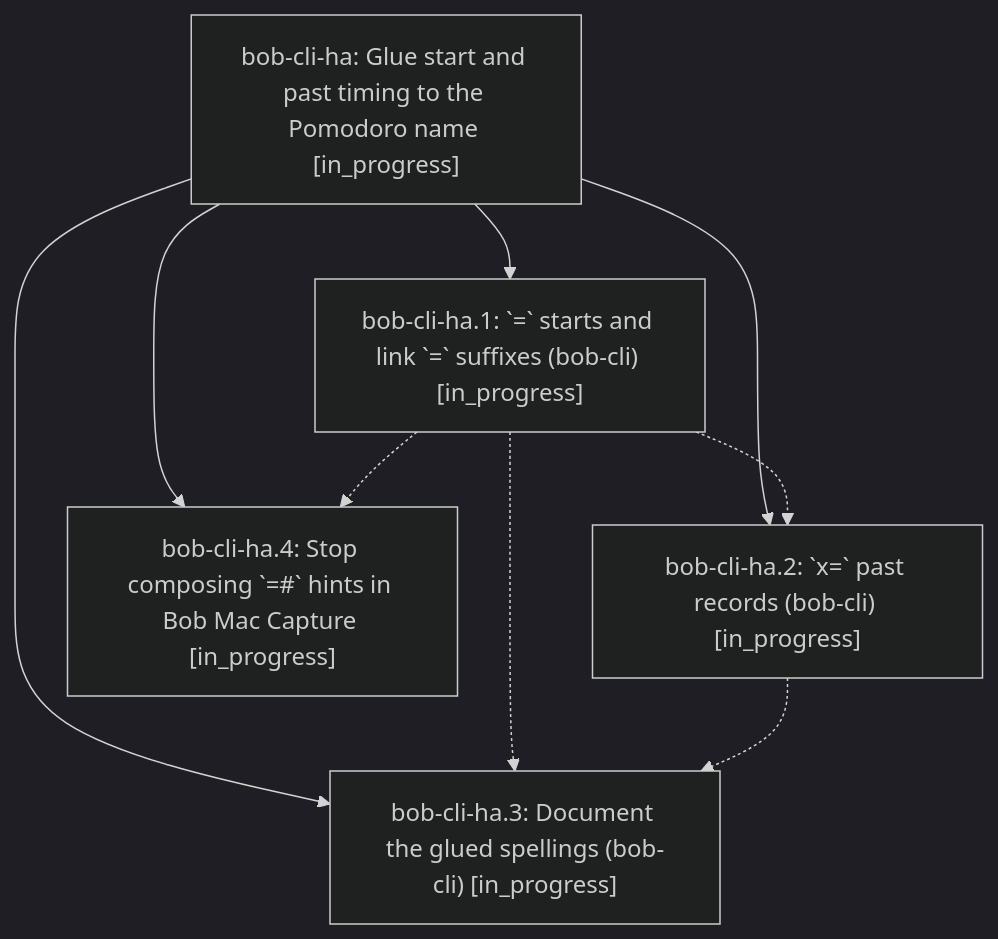
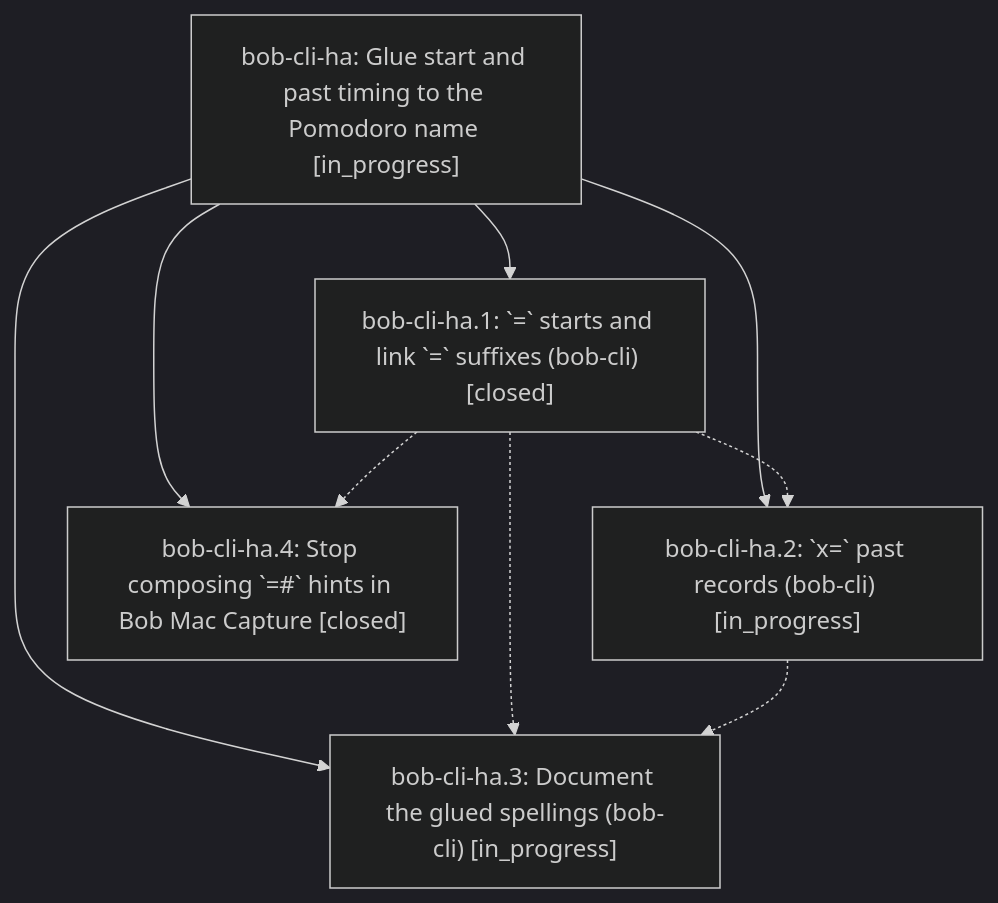
One commit to bobs-org/bob-cli--beads changed the diagram in pages/bob-cli-ha/README.md. Above: the diagram before and after it, drawn with Mermaid (dark theme). The commit also changed other lines of this file and 4 other files, not shown here.

First line of the commit message:
chore(beads): sync bead state and pages for bob-cli-ha

````diff
--- a/pages/bob-cli-ha/README.md
+++ b/pages/bob-cli-ha/README.md
@@ -37,16 +37,16 @@
 ```mermaid
 flowchart TD
     n0["bob-cli-ha: Glue start and past timing to the Pomodoro name [in_progress]"]
-    n1["bob-cli-ha.1: `=` starts and link `=` suffixes (bob-cli) [in_progress]"]
+    n1["bob-cli-ha.1: `=` starts and link `=` suffixes (bob-cli) [closed]"]
     n2["bob-cli-ha.2: `x=` past records (bob-cli) [in_progress]"]
     n3["bob-cli-ha.3: Document the glued spellings (bob-cli) [in_progress]"]
-    n4["bob-cli-ha.4: Stop composing `=#` hints in Bob Mac Capture [in_progress]"]
+    n4["bob-cli-ha.4: Stop composing `=#` hints in Bob Mac Capture [closed]"]
     n0 --> n1
     n0 --> n2
     n0 --> n3
     n0 --> n4
     n1 -.-> n2
     n1 -.-> n3
     n1 -.-> n4
     n2 -.-> n3
 ```
````
